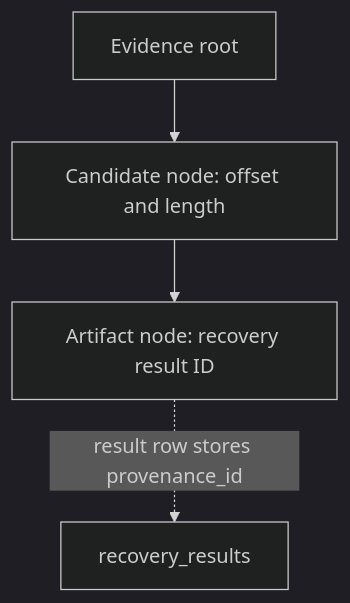
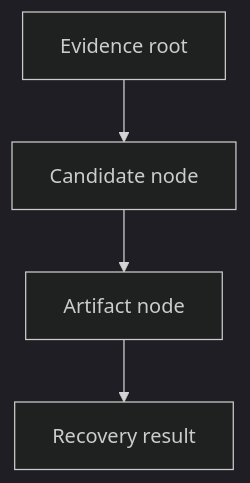
The diagram in docs/10_AUDIT_AND_PROVENANCE.md (cyphric01-jpg/KRYVORA), drawn with Mermaid (dark theme) before and after one commit. The commit also changed other lines of this file and 18 other files, not shown here.

````diff
--- a/docs/10_AUDIT_AND_PROVENANCE.md
+++ b/docs/10_AUDIT_AND_PROVENANCE.md
@@ -39,6 +30,6 @@
 ```mermaid
 flowchart TD
-    E[Evidence root] --> C[Candidate node: offset and length]
-    C --> A[Artifact node: recovery result ID]
-    A -. result row stores provenance_id .-> R[recovery_results]
+    E[Evidence root] --> C[Candidate node]
+    C --> A[Artifact node]
+    A --> R[Recovery result]
 ```
````
